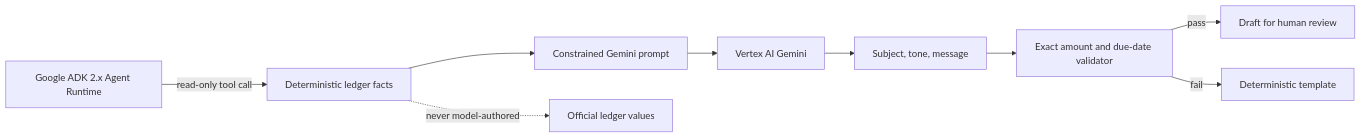
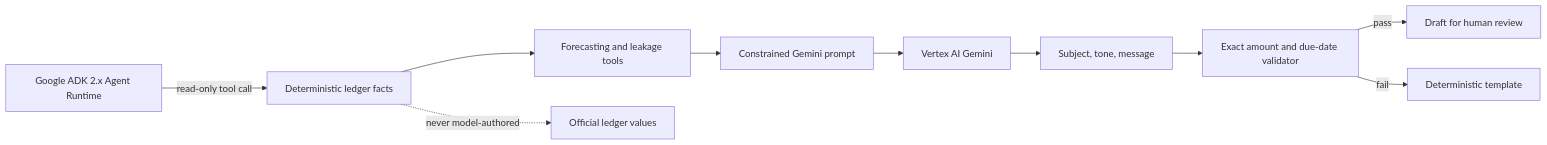
Before and after one commit to SheeshDarth/fee-finance-agent: the diagram in docs/agent-framework.md, drawn with Mermaid. The commit also changed other lines of this file and 23 other files, not shown here.

```diff
--- a/docs/agent-framework.md
+++ b/docs/agent-framework.md
@@ -15,11 +15,12 @@
 ~~~mermaid
 flowchart LR
   ADK[Google ADK 2.x Agent Runtime] -->|read-only tool call| Facts
-  Facts["Deterministic ledger facts"] --> Prompt["Constrained Gemini prompt"]
+  Facts["Deterministic ledger facts"] --> Forecast["Forecasting and leakage tools"]
+  Forecast --> Prompt["Constrained Gemini prompt"]
   Prompt --> Model["Vertex AI Gemini"]
   Model --> Draft["Subject, tone, message"]
   Draft --> Guard["Exact amount and due-date validator"]
   Guard -->|pass| Review["Draft for human review"]
   Guard -->|fail| Fallback["Deterministic template"]
   Facts -. never model-authored .-> Ledger["Official ledger values"]
 ~~~
```
